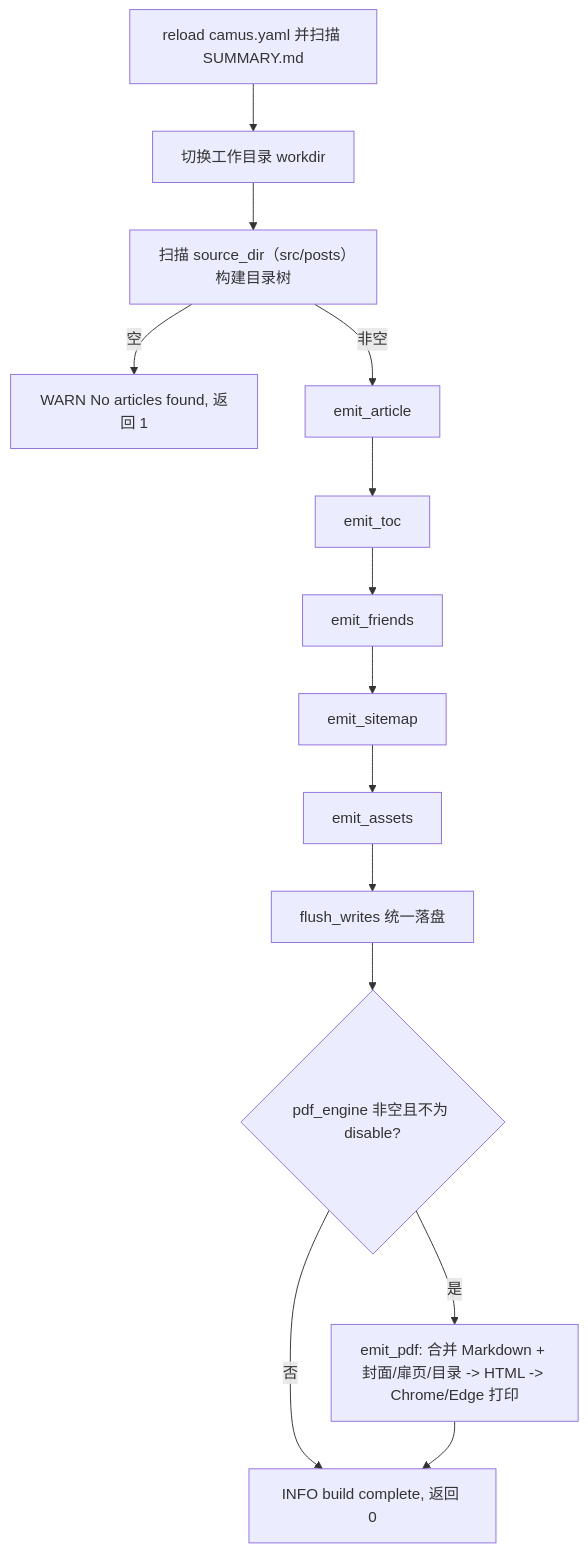
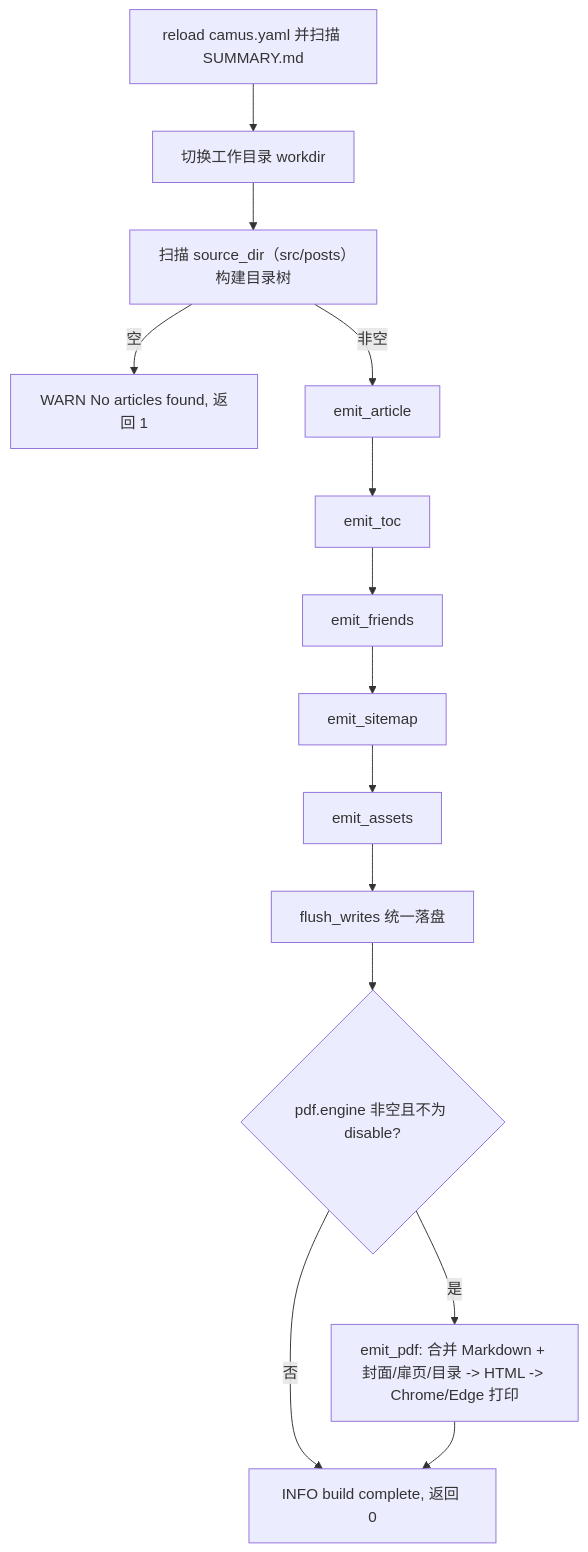
The diagram in docs/prd/01-overview.md (o8x/camus), drawn with Mermaid before and after one commit. The commit also changed other lines of this file and 10 other files, not shown here.

````diff
--- a/docs/prd/01-overview.md
+++ b/docs/prd/01-overview.md
@@ -55,16 +55,16 @@
 ```mermaid
 flowchart TD
     A[reload camus.yaml 并扫描 SUMMARY.md] --> B[切换工作目录 workdir]
     B --> C[扫描 source_dir（src/posts）构建目录树]
     C -->|空| W[WARN No articles found, 返回 1]
     C -->|非空| D[emit_article]
     D --> E[emit_toc]
     E --> F[emit_friends]
     F --> G[emit_sitemap]
     G --> H[emit_assets]
     H --> I[flush_writes 统一落盘]
-    I --> P{pdf_engine 非空且不为 disable?}
+    I --> P{pdf.engine 非空且不为 disable?}
     P -->|是| Q[emit_pdf: 合并 Markdown + 封面/扉页/目录 -> HTML -> Chrome/Edge 打印]
     P -->|否| J
     Q --> J[INFO build complete, 返回 0]
 ```
````
